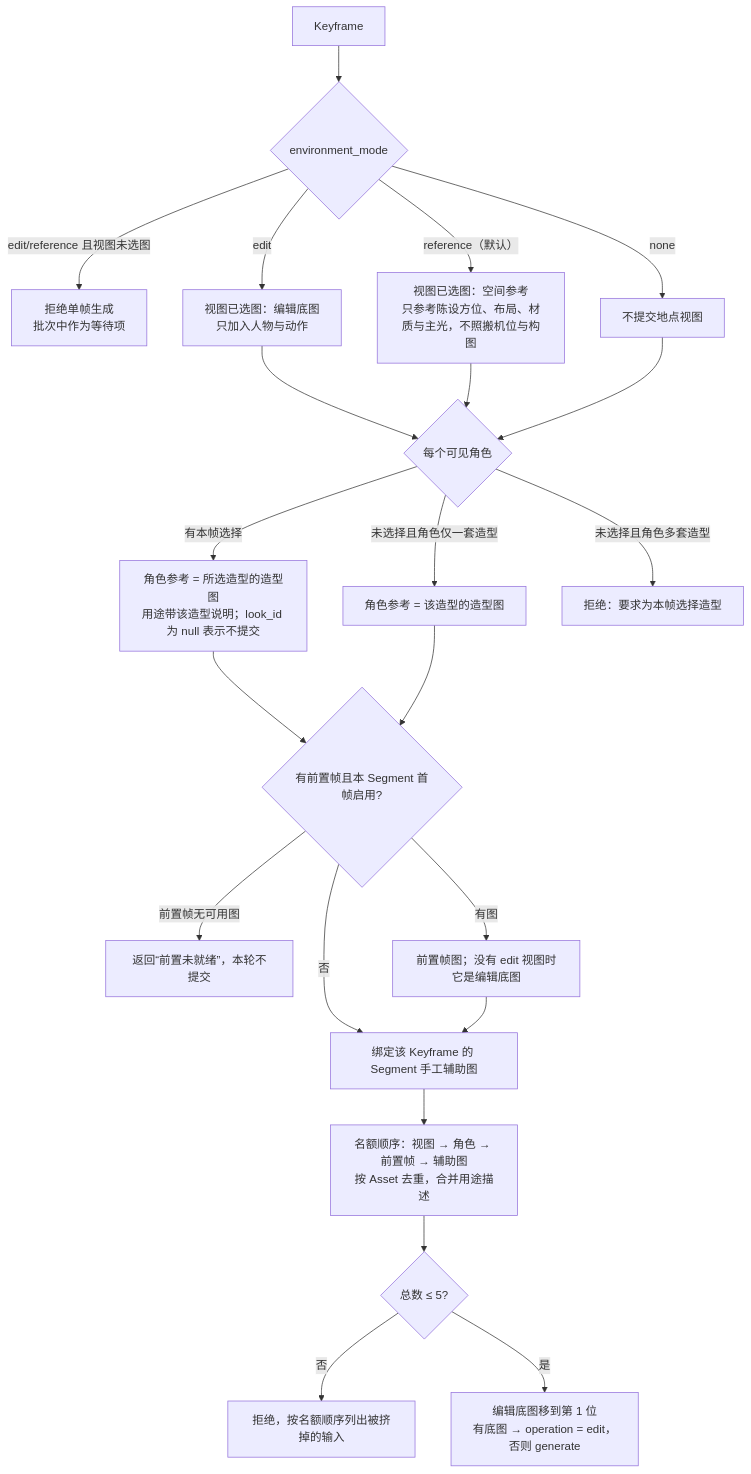
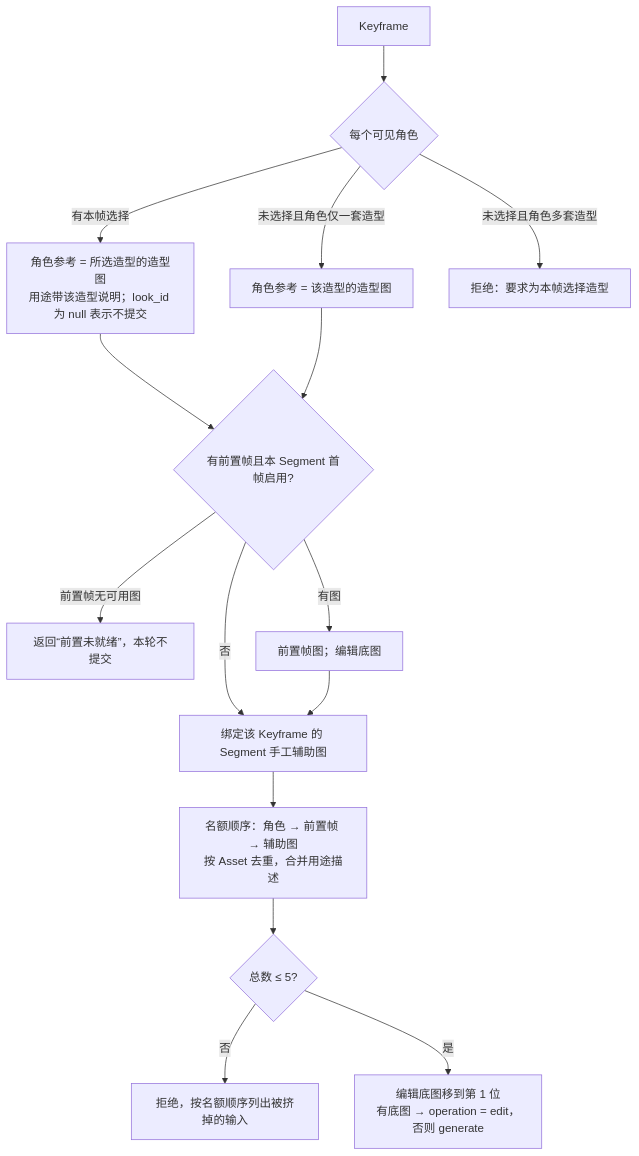
One commit to LJXLJXLJX/StoryRail changed the fourth of 10 diagrams in docs/data-flow.md. Above: the diagram before and after it, drawn with Mermaid. The commit also changed other lines of this file and 173 other files, not shown here.

````diff
--- a/docs/data-flow.md
+++ b/docs/data-flow.md
@@ -102,21 +101,16 @@
 ```mermaid
 flowchart TB
-    start[Keyframe] --> env{environment_mode}
-    env -- edit/reference 且视图未选图 --> vwait[拒绝单帧生成<br/>批次中作为等待项]
-    env -- edit --> e1[视图已选图：编辑底图<br/>只加入人物与动作]
-    env -- reference（默认） --> e2[视图已选图：空间参考<br/>只参考陈设方位、布局、材质与主光，不照搬机位与构图]
-    env -- none --> e3[不提交地点视图]
-    e1 & e2 & e3 --> chars{每个可见角色}
+    start[Keyframe] --> chars{每个可见角色}
     chars -- 有本帧选择 --> c1[角色参考 = 所选造型的造型图<br/>用途带该造型说明；look_id 为 null 表示不提交]
     chars -- 未选择且角色仅一套造型 --> c2[角色参考 = 该造型的造型图]
     chars -- 未选择且角色多套造型 --> creject[拒绝：要求为本帧选择造型]
     c1 & c2 --> pred{有前置帧且本 Segment 首帧启用?}
     pred -- 前置帧无可用图 --> wait[返回“前置未就绪”，本轮不提交]
-    pred -- 有图 --> p1[前置帧图；没有 edit 视图时它是编辑底图]
+    pred -- 有图 --> p1[前置帧图；编辑底图]
     pred -- 否 --> aux
     p1 --> aux[绑定该 Keyframe 的 Segment 手工辅助图]
-    aux --> dedupe[名额顺序：视图 → 角色 → 前置帧 → 辅助图<br/>按 Asset 去重，合并用途描述]
+    aux --> dedupe[名额顺序：角色 → 前置帧 → 辅助图<br/>按 Asset 去重，合并用途描述]
     dedupe --> limit{总数 ≤ 5?}
     limit -- 否 --> reject[拒绝，按名额顺序列出被挤掉的输入]
     limit -- 是 --> op[编辑底图移到第 1 位<br/>有底图 → operation = edit，否则 generate]
 ```
````
